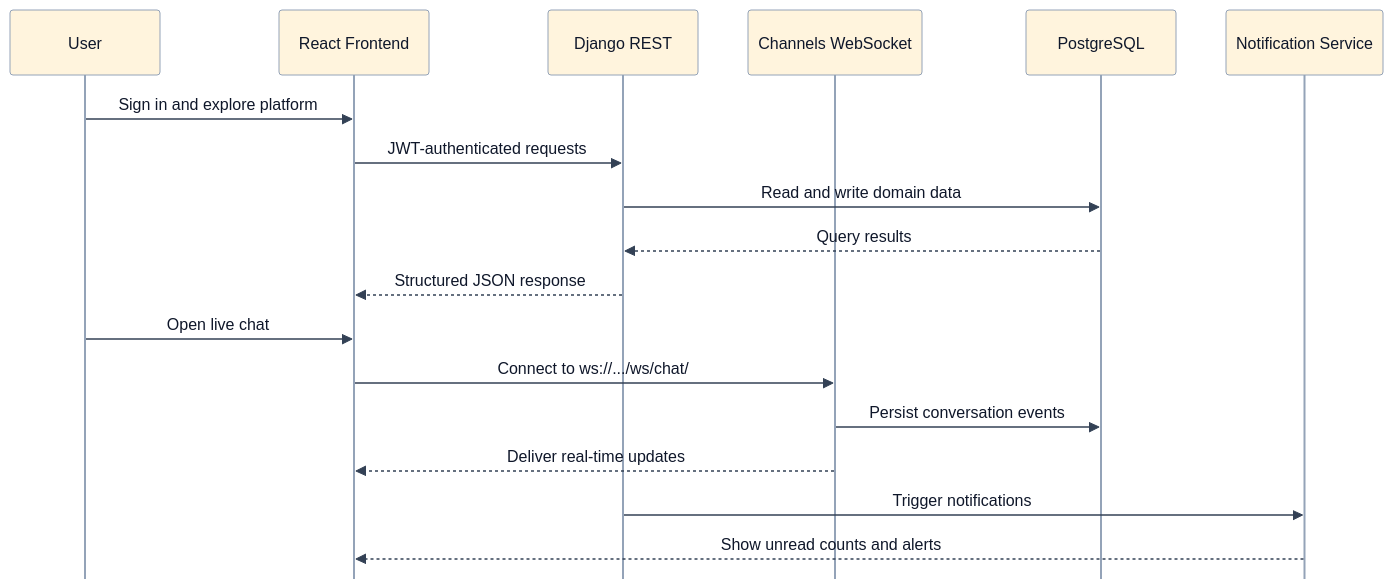
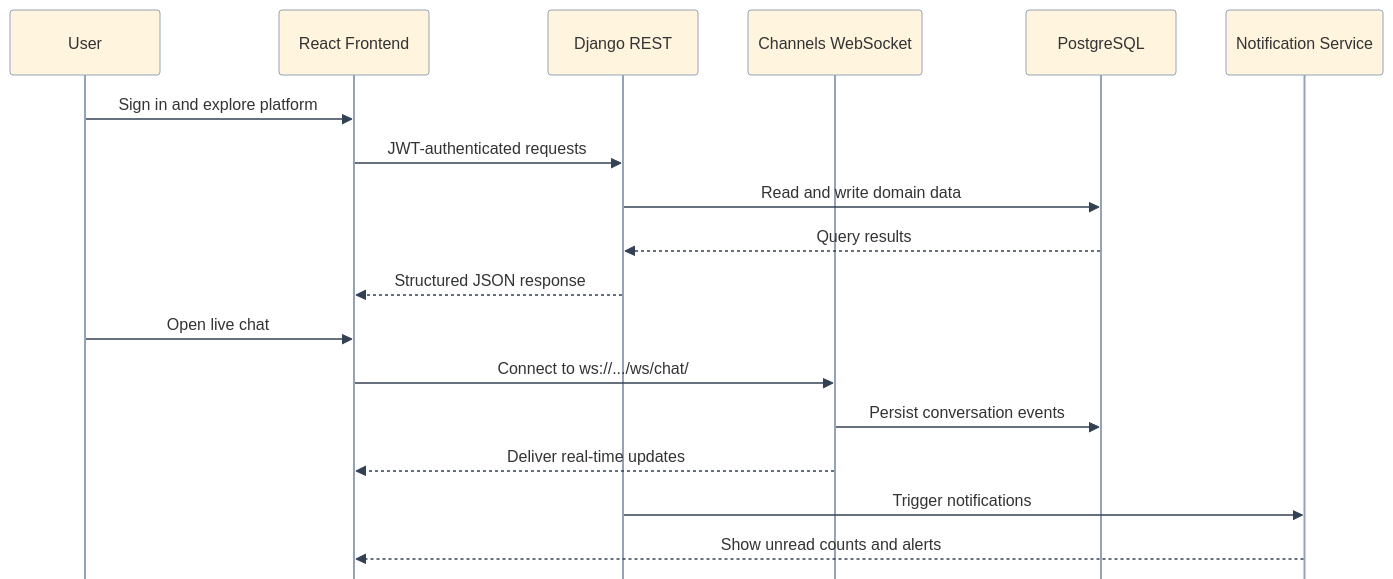
The second of 3 diagrams in README.md (asef69/Core-BUETian--Your-BUETian-Social-Media-App), drawn with Mermaid before and after one commit. The commit also changed other lines of this file, not shown here.

````diff
--- a/README.md
+++ b/README.md
@@ -58,22 +58,22 @@
 ```mermaid
-%%{init: {'theme':'base', 'sequence': {'mirrorActors': false}, 'themeVariables': { 'fontFamily': 'Segoe UI, Inter, sans-serif', 'fontSize': '16px', 'primaryTextColor': '#0F172A', 'textColor': '#0F172A', 'lineColor': '#64748B', 'actorBorder': '#94A3B8', 'actorTextColor': '#0F172A', 'signalColor': '#334155', 'signalTextColor': '#0F172A', 'noteBkgColor': '#EFF6FF', 'noteTextColor': '#0F172A' }}}%%
+%%{init: {'theme':'base', 'sequence': {'mirrorActors': false}, 'themeVariables': { 'fontFamily': 'Segoe UI, Inter, sans-serif', 'fontSize': '16px', 'lineColor': '#64748B', 'actorBorder': '#94A3B8', 'signalColor': '#334155', 'noteBkgColor': '#EFF6FF' }}}%%
 sequenceDiagram
     participant User
     participant UI as React Frontend
     participant API as Django REST
     participant WS as Channels WebSocket
     participant DB as PostgreSQL
     participant NT as Notification Service
 
     User->>UI: Sign in and explore platform
     UI->>API: JWT-authenticated requests
     API->>DB: Read and write domain data
     DB-->>API: Query results
     API-->>UI: Structured JSON response
     User->>UI: Open live chat
     UI->>WS: Connect to ws://.../ws/chat/
     WS->>DB: Persist conversation events
     WS-->>UI: Deliver real-time updates
     API->>NT: Trigger notifications
     NT-->>UI: Show unread counts and alerts
 ```
````
